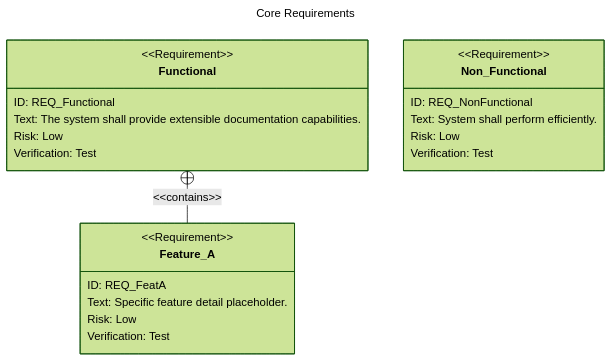
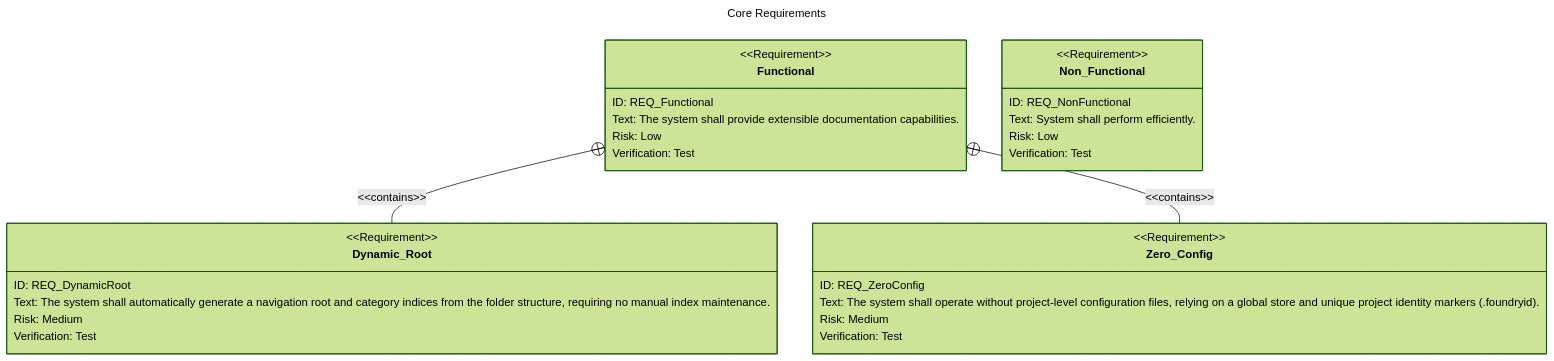
Before and after one commit to futurefoundai/foundryspec: the diagram in docs/discovery/requirements/core.mermaid, drawn with Mermaid (forest theme). The commit also changed 5 other files, not shown here.

First line of the commit message:
feat: Dynamic Root Infrastructure & Zero-Config

```diff
--- a/docs/discovery/requirements/core.mermaid
+++ b/docs/discovery/requirements/core.mermaid
@@ -1,45 +1,59 @@
 ---
 id: "GRP_Core"
 title: Core Requirements
 description: General functional and non-functional requirements.
 classification: Functional
 uplink: "GRP_Requirements"
 downlinks:
   - "REQ_Functional"
   - "REQ_NonFunctional"
 entities:
   - id: "REQ_Functional"
     classification: Functional
     uplink: 
       - "GRP_Core"
       - "PER_SystemAnalyst"
   - id: "REQ_NonFunctional"
     classification: Non-Functional
     uplink: 
       - "GRP_Core"
       - "PER_CodingAgent"
+  - id: "REQ_DynamicRoot"
+    classification: Functional
+    uplink: "REQ_Functional"
+  - id: "REQ_ZeroConfig"
+    classification: Functional
+    uplink: "REQ_Functional"
 ---
 
 requirementDiagram
     requirement Functional {
         id: "REQ_Functional"
         text: "The system shall provide extensible documentation capabilities."
         risk: Low
         verifymethod: Test
     }
 
-    requirement Feature_A {
-        id: "REQ_FeatA"
-        text: "Specific feature detail placeholder."
-        risk: Low
+    requirement Dynamic_Root {
+        id: "REQ_DynamicRoot"
+        text: "The system shall automatically generate a navigation root and category indices from the folder structure, requiring no manual index maintenance."
+        risk: Medium
+        verifymethod: Test
+    }
+
+    requirement Zero_Config {
+        id: "REQ_ZeroConfig"
+        text: "The system shall operate without project-level configuration files, relying on a global store and unique project identity markers (.foundryid)."
+        risk: Medium
         verifymethod: Test
     }
 
     requirement Non_Functional {
         id: "REQ_NonFunctional"
         text: "System shall perform efficiently."
         risk: Low
         verifymethod: Test
     }
 
-    Functional -contains-> Feature_A
+    Functional -contains-> Dynamic_Root
+    Functional -contains-> Zero_Config
```
